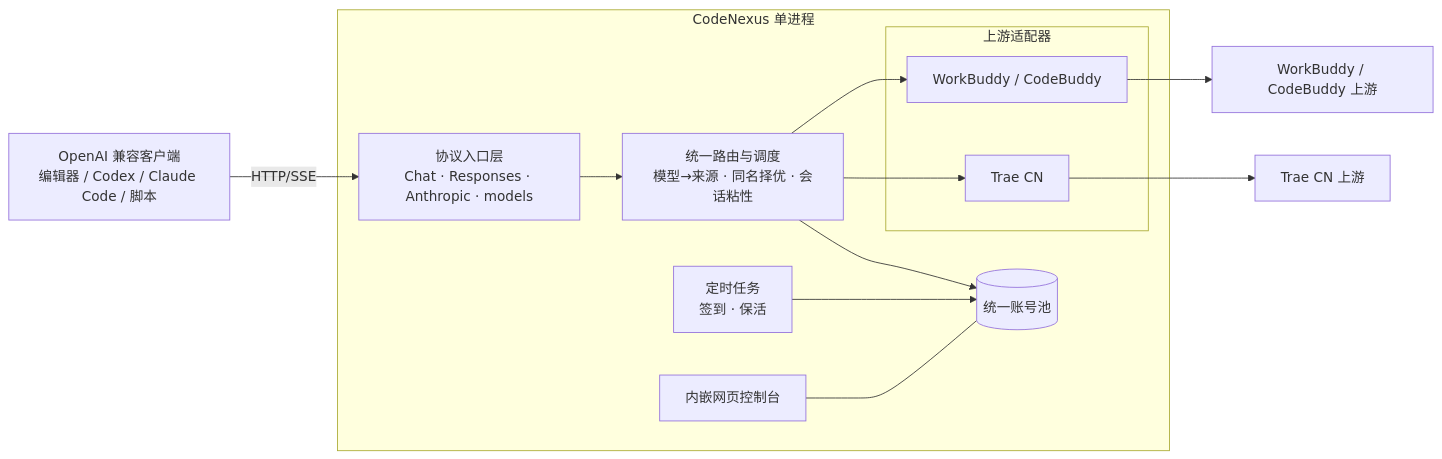
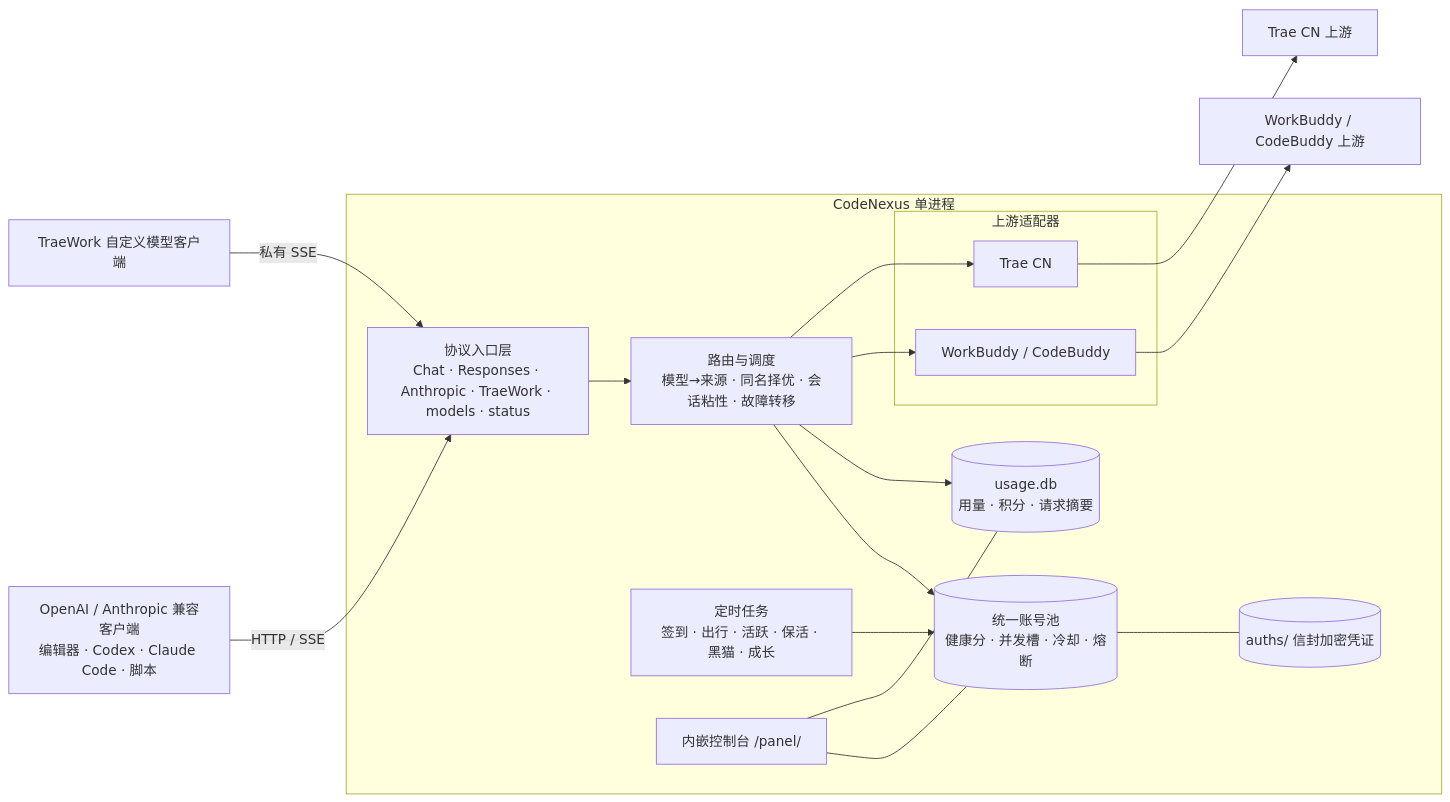
One commit to ZicongCheung/CodeNexus changed the diagram in README.md. Above: the diagram before and after it, drawn with Mermaid. The commit also changed other lines of this file and 7 other files, not shown here.

````diff
--- a/README.md
+++ b/README.md
@@ -82,24 +93,33 @@
 ```mermaid
 flowchart LR
-    C[OpenAI 兼容客户端<br/>编辑器 / Codex / Claude Code / 脚本]
+    C[OpenAI / Anthropic 兼容客户端<br/>编辑器 · Codex · Claude Code · 脚本]
+    TW[TraeWork 自定义模型客户端]
+
     subgraph CN[CodeNexus 单进程]
-        API[协议入口层<br/>Chat · Responses · Anthropic · models]
-        ROUTER[统一路由与调度<br/>模型→来源 · 同名择优 · 会话粘性]
-        POOL[(统一账号池)]
-        SCHED[定时任务<br/>签到 · 保活]
-        PANEL[内嵌网页控制台]
+        API[协议入口层<br/>Chat · Responses · Anthropic · TraeWork · models · status]
+        ROUTER[路由与调度<br/>模型→来源 · 同名择优 · 会话粘性 · 故障转移]
+        POOL[(统一账号池<br/>健康分 · 并发槽 · 冷却 · 熔断)]
+        AUTH[(auths/ 信封加密凭证)]
+        SCHED[定时任务<br/>签到 · 出行 · 活跃 · 保活 · 黑猫 · 成长]
+        STORE[(usage.db<br/>用量 · 积分 · 请求摘要)]
+        PANEL[内嵌控制台 /panel/]
         subgraph UP[上游适配器]
             WB[WorkBuddy / CodeBuddy]
             TR[Trae CN]
         end
     end
+
     WBUP[WorkBuddy / CodeBuddy 上游]
     TRUP[Trae CN 上游]
 
-    C -->|HTTP/SSE| API --> ROUTER
+    C -->|HTTP / SSE| API --> ROUTER
+    TW -->|私有 SSE| API
     ROUTER --> POOL
+    POOL --- AUTH
     SCHED --> POOL
+    ROUTER --> STORE
     PANEL --- POOL
+    PANEL --- STORE
     ROUTER --> WB --> WBUP
     ROUTER --> TR --> TRUP
 ```
````
